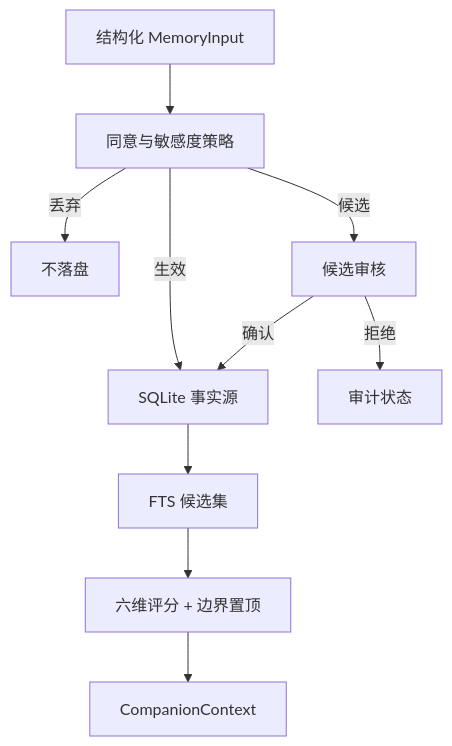
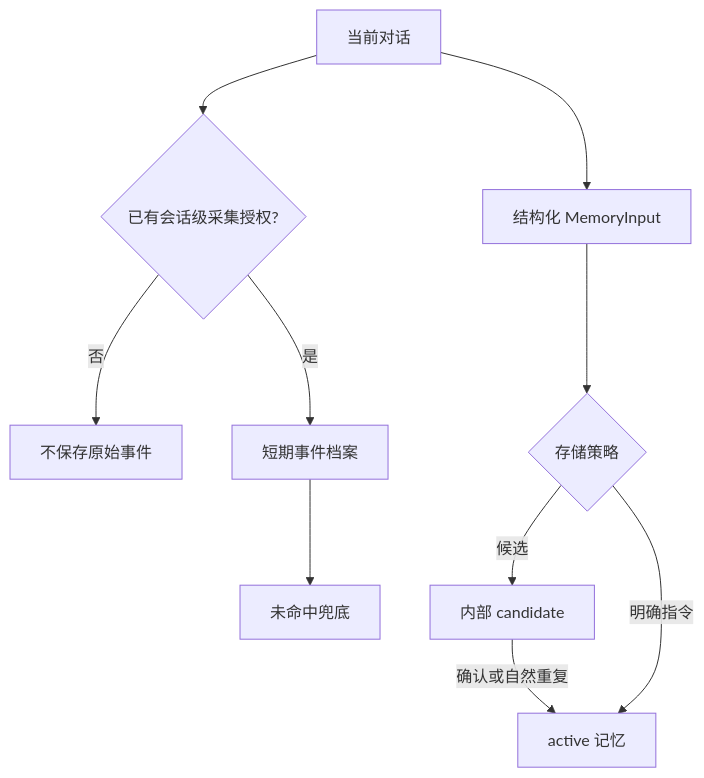
The first of 3 diagrams in docs/ARCHITECTURE.md (tianhao8687/CompanionMemoryOS), drawn with Mermaid before and after one commit. The commit also changed other lines of this file and 37 other files, not shown here.

````diff
--- a/docs/ARCHITECTURE.md
+++ b/docs/ARCHITECTURE.md
@@ -5,12 +7,12 @@
 ```mermaid
 flowchart TD
-    A["结构化 MemoryInput"] --> B["同意与敏感度策略"]
-    B -->|丢弃| C["不落盘"]
-    B -->|候选| D["候选审核"]
-    B -->|生效| E["SQLite 事实源"]
-    D -->|确认| E
-    D -->|拒绝| F["审计状态"]
-    E --> G["FTS 候选集"]
-    G --> H["六维评分 + 边界置顶"]
-    H --> I["CompanionContext"]
+    A["当前对话"] --> B{"已有会话级采集授权?"}
+    B -->|否| C["不保存原始事件"]
+    B -->|是| D["短期事件档案"]
+    A --> E["结构化 MemoryInput"]
+    E --> F{"存储策略"}
+    F -->|候选| G["内部 candidate"]
+    F -->|明确指令| H["active 记忆"]
+    D --> I["未命中兜底"]
+    G -->|确认或自然重复| H
 ```
````
